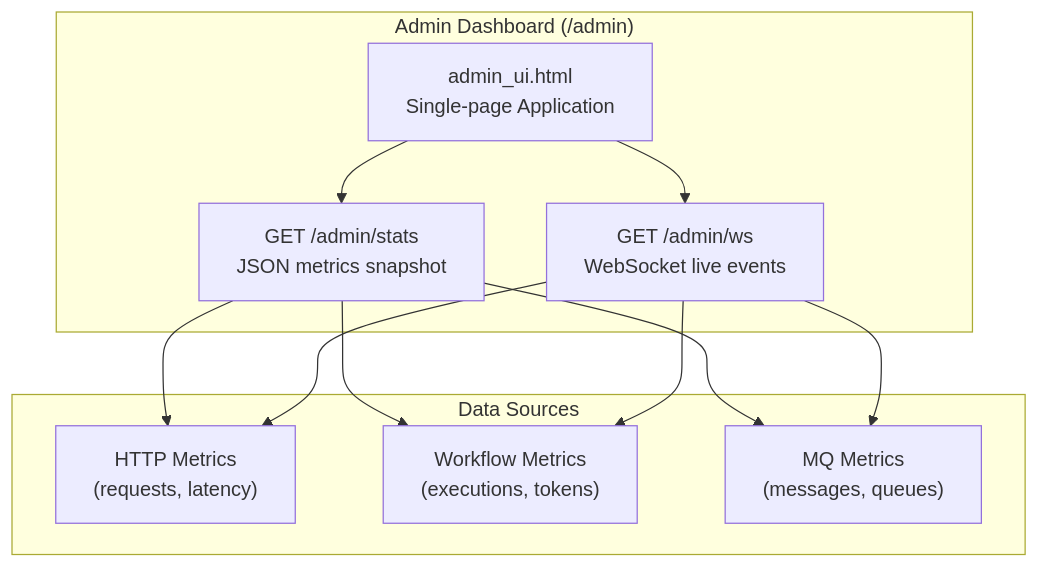
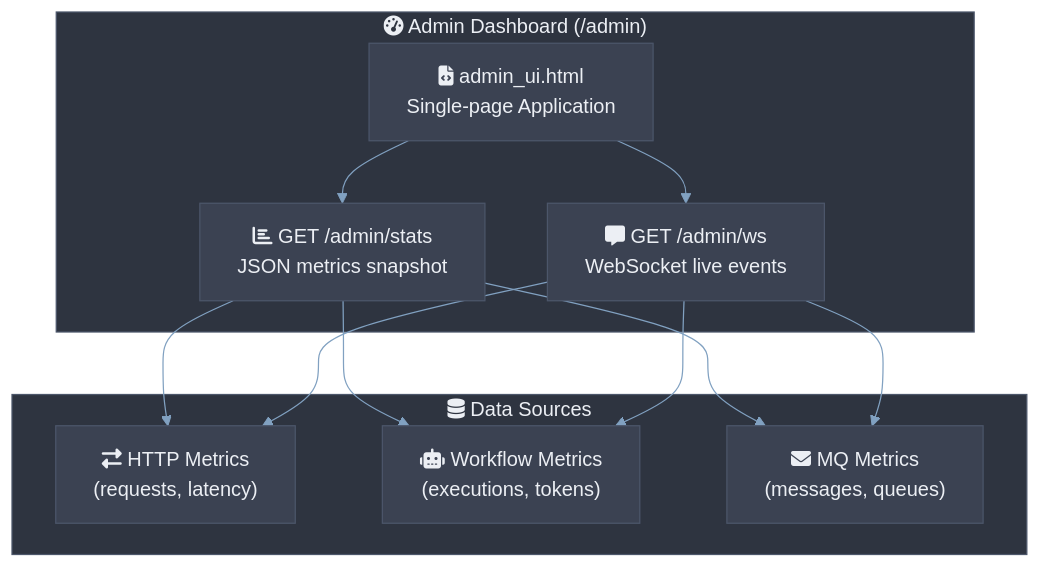
Before and after one commit to quintin-lee/csilk: diagram 11 of 12 in docs/architecture.md, drawn with Mermaid. The commit also changed other lines of this file and 30 other files, not shown here.

Commit message:
docs(docs): 📝 apply Nord Mermaid theme, RFC 2119 keywords, and quantified metrics to all docs

````diff
--- a/docs/architecture.md
+++ b/docs/architecture.md
@@ -459,23 +677,45 @@
 ```mermaid
+%%{init: {
+  'theme': 'base',
+  'themeVariables': {
+    'background': '#2E3440',
+    'primaryColor': '#81A1C1',
+    'primaryBorderColor': '#4C566A',
+    'primaryTextColor': '#ECEFF4',
+    'secondaryColor': '#3B4252',
+    'secondaryBorderColor': '#434C5E',
+    'secondaryTextColor': '#D8DEE9',
+    'lineColor': '#81A1C1',
+    'textColor': '#ECEFF4',
+    'mainBkg': '#3B4252',
+    'nodeBorder': '#4C566A',
+    'clusterBkg': '#2E3440',
+    'clusterBorder': '#4C566A',
+    'titleColor': '#ECEFF4',
+    'edgeLabelBackground': '#3B4252',
+    'nodeTextColor': '#ECEFF4'
+  },
+  'flowchart': {'htmlLabels': true, 'curve': 'basis'}
+}}%%
 graph TB
-    subgraph "Admin Dashboard (/admin)"
-        UI["admin_ui.html<br/>Single-page Application"]
-        STATS["GET /admin/stats<br/>JSON metrics snapshot"]
-        WS["GET /admin/ws<br/>WebSocket live events"]
+    subgraph admin_dash["fa:fa-tachometer-alt Admin Dashboard (/admin)"]
+        UI["fa:fa-file-code admin_ui.html<br/>Single-page Application"]
+        STATS["fa:fa-chart-bar GET /admin/stats<br/>JSON metrics snapshot"]
+        WS["fa:fa-comment-alt GET /admin/ws<br/>WebSocket live events"]
     end
 
-    subgraph "Data Sources"
-        HTTP_M["HTTP Metrics<br/>(requests, latency)"]
-        WF_M["Workflow Metrics<br/>(executions, tokens)"]
-        MQ_M["MQ Metrics<br/>(messages, queues)"]
+    subgraph data_sources["fa:fa-database Data Sources"]
+        HTTP_M["fa:fa-exchange-alt HTTP Metrics<br/>(requests, latency)"]
+        WF_M["fa:fa-robot Workflow Metrics<br/>(executions, tokens)"]
+        MQ_M["fa:fa-envelope MQ Metrics<br/>(messages, queues)"]
     end
 
     UI --> STATS
     UI --> WS
     STATS --> HTTP_M
     STATS --> WF_M
     STATS --> MQ_M
     WS --> HTTP_M
     WS --> WF_M
     WS --> MQ_M
 ```
````
